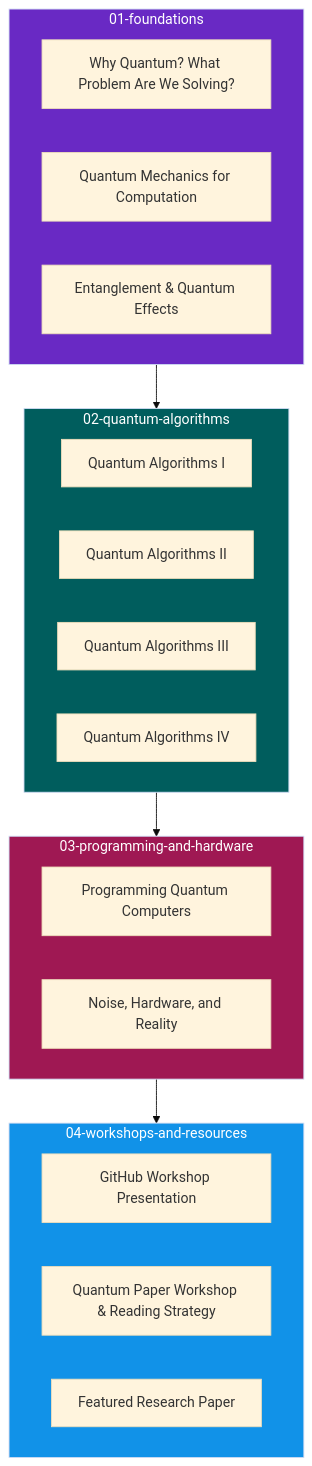
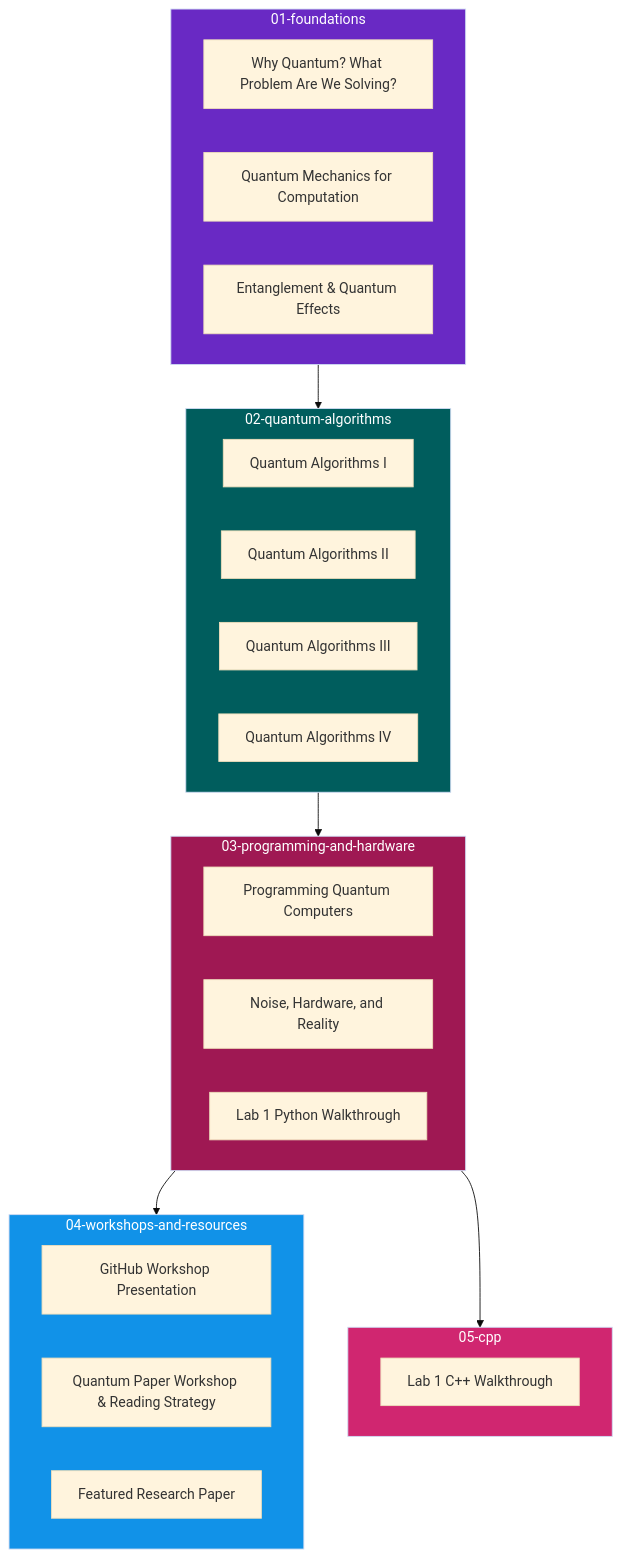
One commit to jaswantlhz/QGSS-26-lecture-slides-and-Docs changed the diagram in README.md. Above: the diagram before and after it, drawn with Mermaid (base theme). The commit also changed other lines of this file and 2 other files, not shown here.

Commit message:
added for cpp

````diff
--- a/README.md
+++ b/README.md
@@ -80,35 +87,42 @@
 ```mermaid
 flowchart TD
     subgraph F1["01-foundations"]
         A1["Why Quantum? What Problem Are We Solving?"]
         A2["Quantum Mechanics for Computation"]
         A3["Entanglement & Quantum Effects"]
     end
 
     subgraph F2["02-quantum-algorithms"]
         B1["Quantum Algorithms I"]
         B2["Quantum Algorithms II"]
         B3["Quantum Algorithms III"]
         B4["Quantum Algorithms IV"]
     end
 
     subgraph F3["03-programming-and-hardware"]
         C1["Programming Quantum Computers"]
         C2["Noise, Hardware, and Reality"]
+        C3["Lab 1 Python Walkthrough"]
     end
 
     subgraph F4["04-workshops-and-resources"]
         D1["GitHub Workshop Presentation"]
         D2["Quantum Paper Workshop & Reading Strategy"]
         D3["Featured Research Paper"]
     end
 
+    subgraph F5["05-cpp"]
+        E1["Lab 1 C++ Walkthrough"]
+    end
+
     F1 --> F2
     F2 --> F3
     F3 --> F4
+    F3 --> F5
 
     style F1 fill:#6929C4,color:#fff
     style F2 fill:#005D5D,color:#fff
     style F3 fill:#9F1853,color:#fff
     style F4 fill:#1192E8,color:#fff
+    style F5 fill:#D02670,color:#fff
 ```
````
